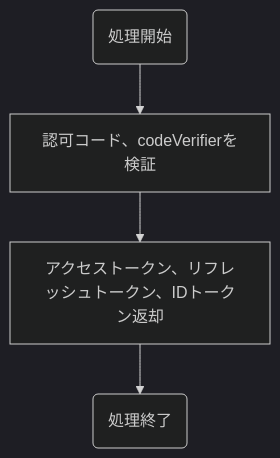
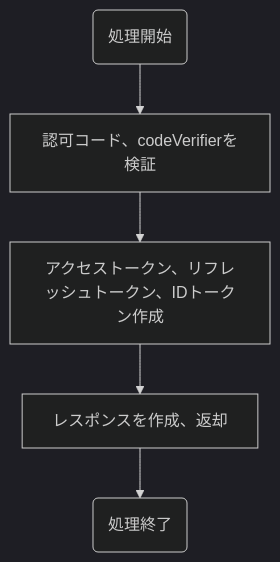
Before and after one commit to nob-islan/nob-openid-connect: the diagram in docs/business-flow/op/Token-issue.md, drawn with Mermaid. The commit also changed 6 other files, not shown here.

````diff
--- a/docs/business-flow/op/Token-issue.md
+++ b/docs/business-flow/op/Token-issue.md
@@ -3,7 +3,8 @@
 ```mermaid
 %%{init:{'theme':'dark'}}%%
 graph TD;
     A(処理開始) --> B[認可コード、codeVerifierを検証]
-    B --> C[アクセストークン、リフレッシュトークン、IDトークン返却]
-    C --> D(処理終了)
+    B --> C[アクセストークン、リフレッシュトークン、IDトークン作成]
+    C --> D[レスポンスを作成、返却]
+    D --> E(処理終了)
 ```
````
